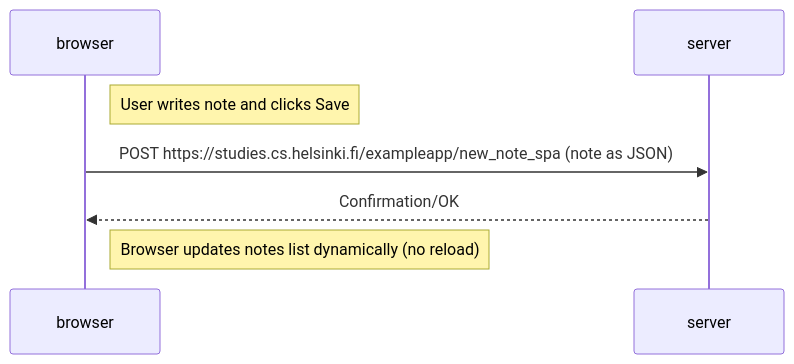
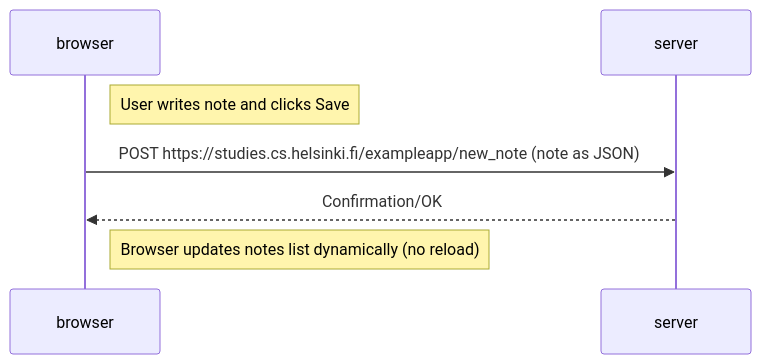
One commit to ez7tuta/exercise-part0 changed the third of 3 diagrams in README.md. Above: the diagram before and after it, drawn with Mermaid.

````diff
--- a/README.md
+++ b/README.md
@@ -46,9 +46,9 @@
 ```mermaid
 sequenceDiagram
     participant browser
     participant server
     Note right of browser: User writes note and clicks Save
-    browser->>server: POST https://studies.cs.helsinki.fi/exampleapp/new_note_spa (note as JSON)
+    browser->>server: POST https://studies.cs.helsinki.fi/exampleapp/new_note (note as JSON)
     server-->>browser: Confirmation/OK
     Note right of browser: Browser updates notes list dynamically (no reload)
 ```
````
